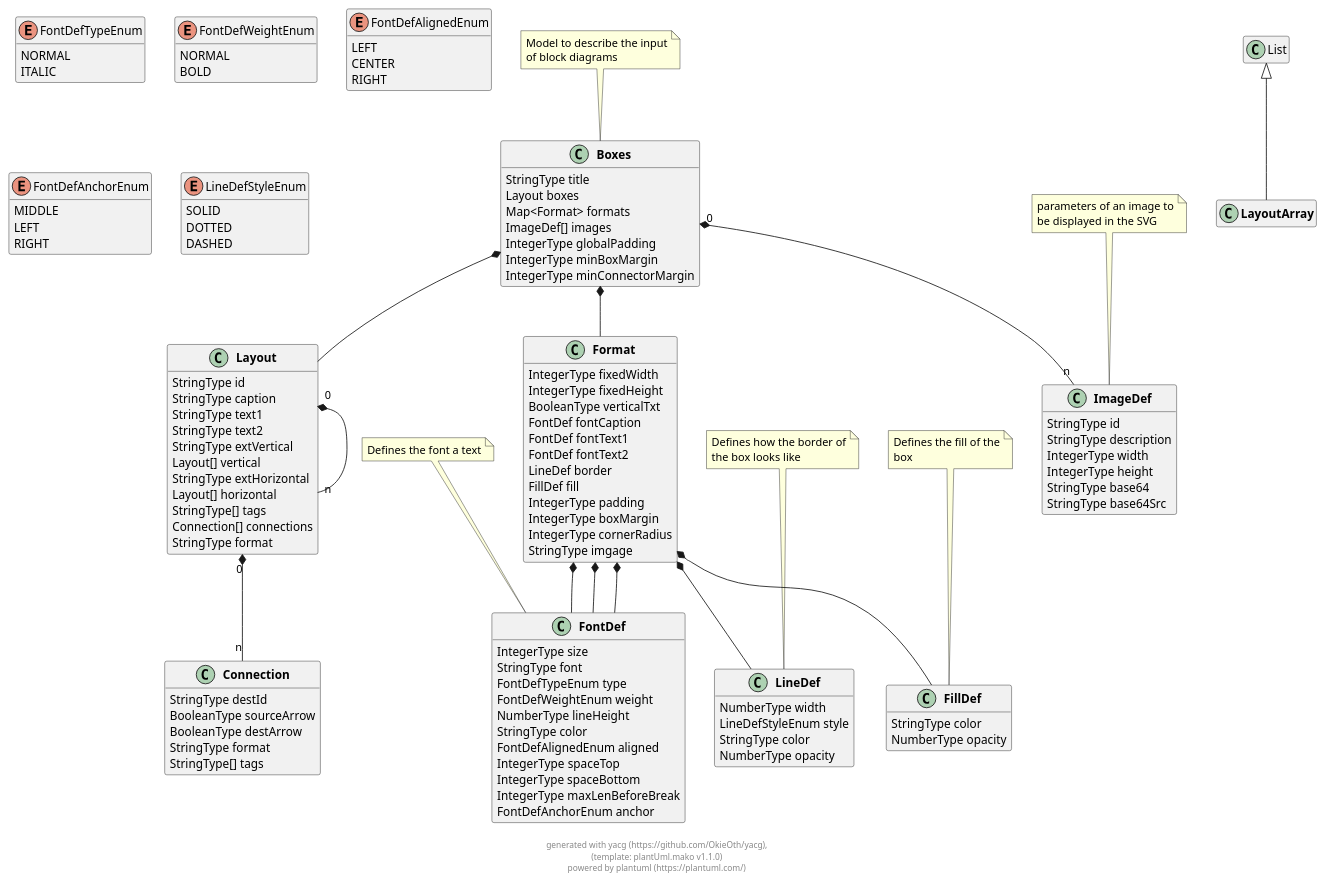
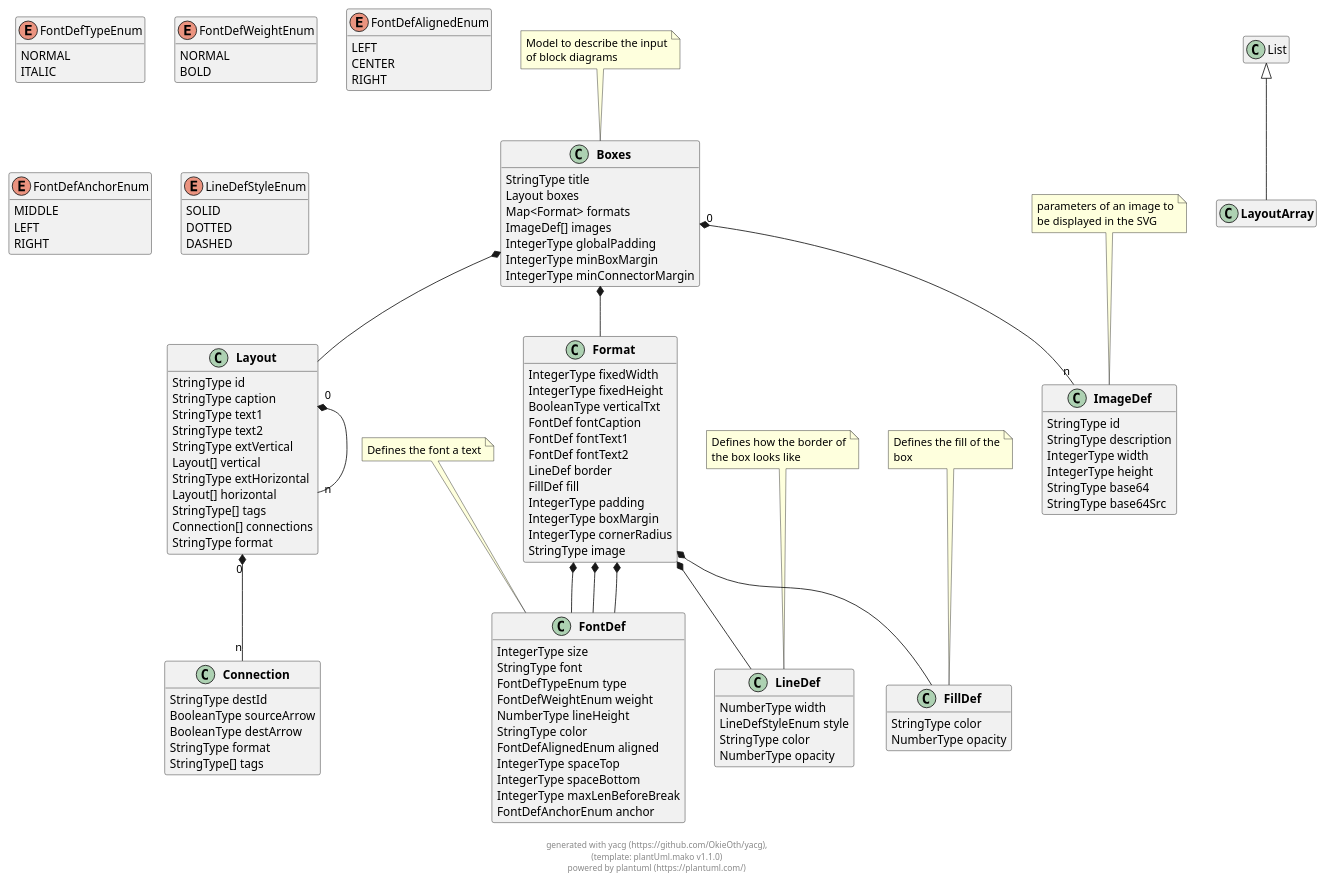
The diagram in docs/models/puml/boxes.puml (OkieOth/draw.chart.things), drawn with PlantUML before and after one commit. The commit also changed 17 other files, not shown here.

```diff
--- a/docs/models/puml/boxes.puml
+++ b/docs/models/puml/boxes.puml
@@ -46,7 +46,7 @@
         IntegerType padding
         IntegerType boxMargin
         IntegerType cornerRadius
-        StringType imgage
+        StringType image
 }
 
  
```
